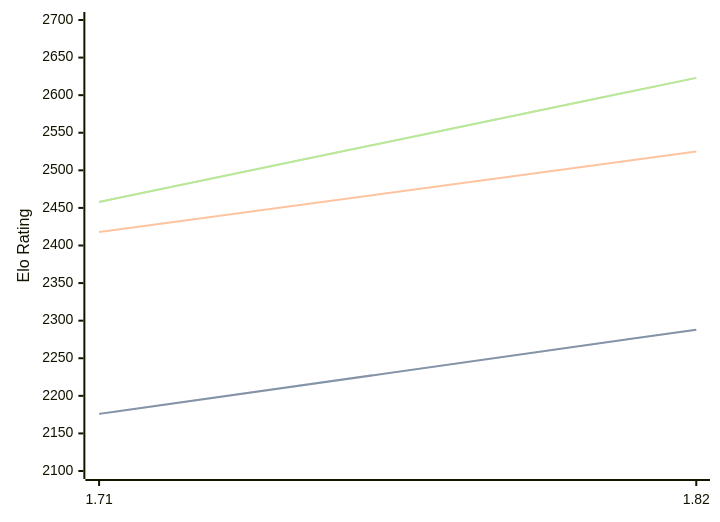
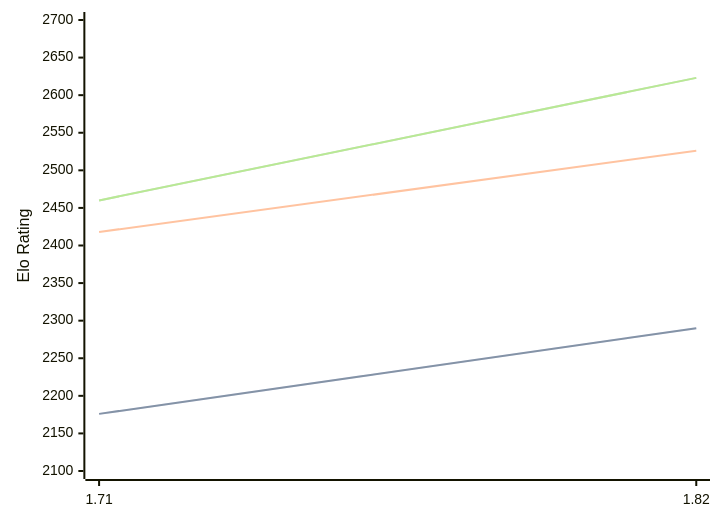
Before and after one commit to computer-chess-index/cci: the diagram in engines/Amira.md, drawn with Mermaid. The commit also changed other lines of this file, not shown here.

Commit message:
Update CCI Ratings (ELO VLTC) - 2026-07-24

````diff
--- a/engines/Amira.md
+++ b/engines/Amira.md
@@ -35,11 +35,11 @@
 ```mermaid
 %%{init: {"theme":"base","themeVariables":{"seriesColors:['#a3a3a3','#222221','#faa371']}}}%%
 xychart-beta
   x-axis ["1.71", "1.82"]
   y-axis "Elo Rating" 2100 --> 2700
-  line "STC (8.0+0.08s)" [2176, 2288]
-  line "STC (8.0+0.08s)" [2176, 2288]
-  line "LTC (60.0+0.60s)" [2418, 2525]
-  line "VLTC (2m24s+1.12s)" [2458, 2623]
-  line "VLTC (2m24s+1.12s)" [2458, 2623]
+  line "STC (8.0+0.08s)" [2176, 2290]
+  line "STC (8.0+0.08s)" [2176, 2290]
+  line "LTC (60.0+0.60s)" [2418, 2526]
+  line "VLTC (2m24s+1.12s)" [2460, 2623]
+  line "VLTC (2m24s+1.12s)" [2460, 2623]
 ```
````
